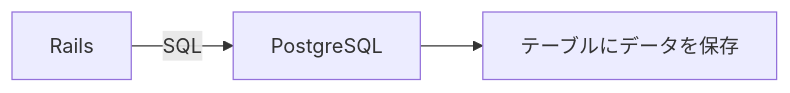
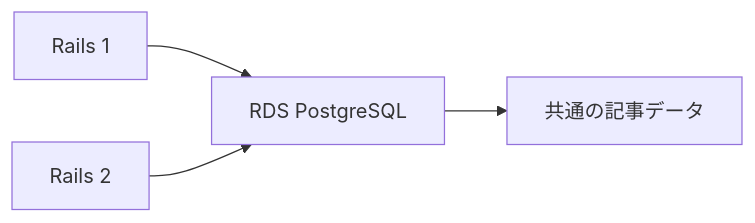
One commit to TORIFUKUKaiou/rails-dojo-year2-content changed the third of 8 diagrams in 12/orientation.md. Above: the diagram before and after it, drawn with Mermaid. The commit also changed other lines of this file, not shown here.

Commit message:
Elaborate RDS, Multi-AZ concept, and production configurations in week 12 orientation

````diff
--- a/12/orientation.md
+++ b/12/orientation.md
@@ -76,5 +71,6 @@
 ```mermaid
 flowchart LR
-  Rails["Rails"] -->|"SQL"| PostgreSQL["PostgreSQL"]
-  PostgreSQL --> DB["テーブルにデータを保存"]
+  Rails1["Rails 1"] --> RDS["RDS PostgreSQL"]
+  Rails2["Rails 2"] --> RDS
+  RDS --> DATA["共通の記事データ"]
 ```
````
